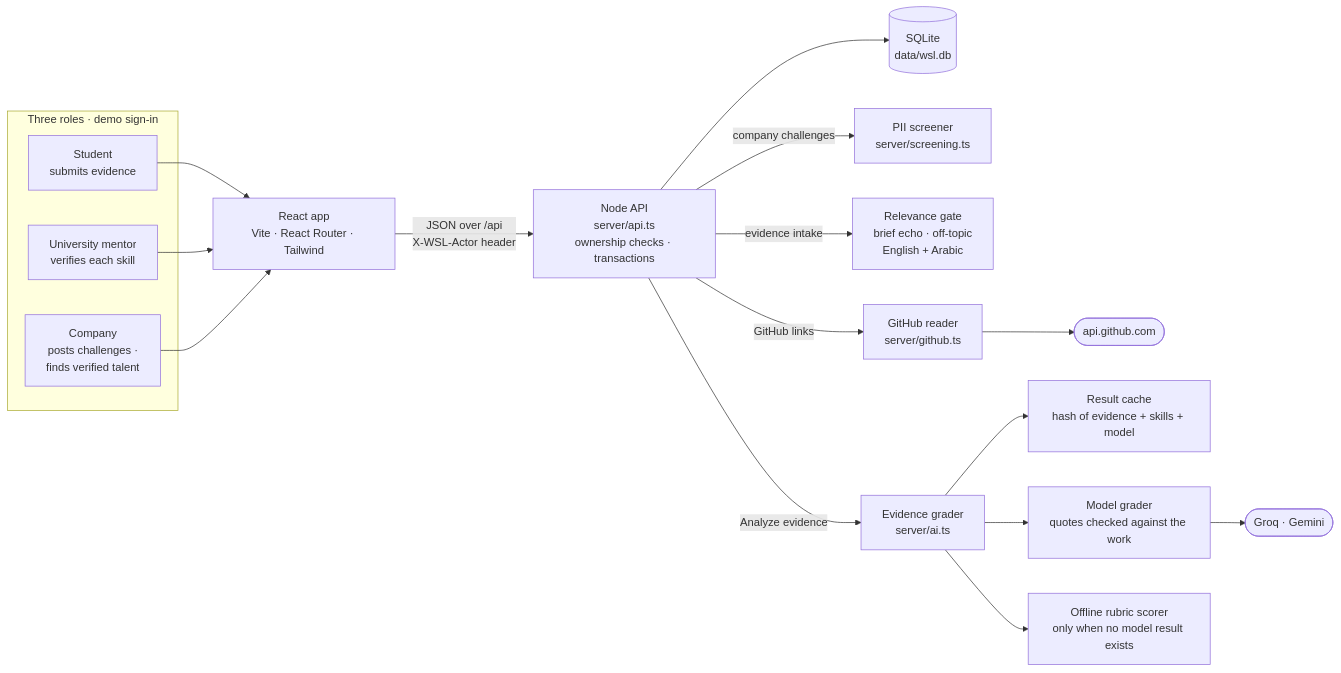
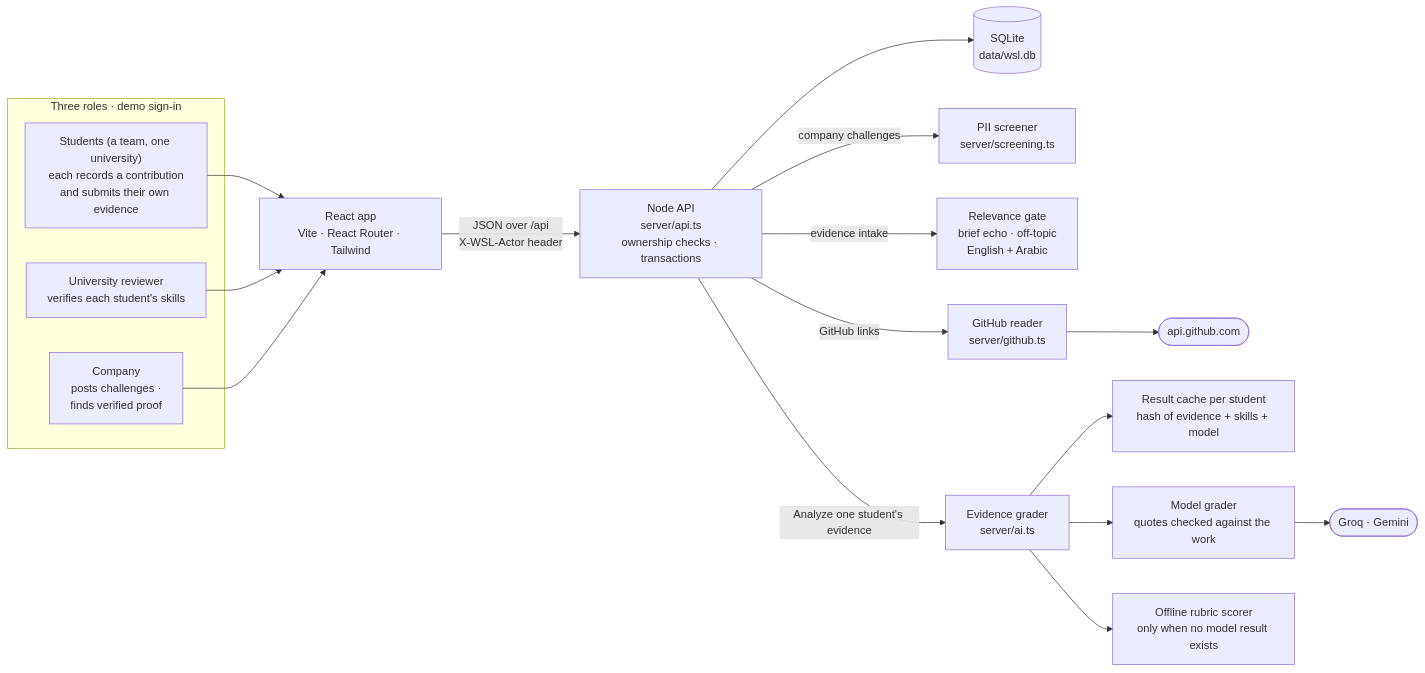
The first of 2 diagrams in docs/architecture.md (heshamYehya19/WSL), drawn with Mermaid before and after one commit. The commit also changed other lines of this file and 74 other files, not shown here.

````diff
--- a/docs/architecture.md
+++ b/docs/architecture.md
@@ -9,29 +9,29 @@
 ```mermaid
 flowchart LR
   subgraph roles["Three roles · demo sign-in"]
-    S["Student<br/>submits evidence"]
-    U["University mentor<br/>verifies each skill"]
-    C["Company<br/>posts challenges ·<br/>finds verified talent"]
+    S["Students (a team, one university)<br/>each records a contribution<br/>and submits their own evidence"]
+    U["University reviewer<br/>verifies each student's skills"]
+    C["Company<br/>posts challenges ·<br/>finds verified proof"]
   end
 
   APP["React app<br/>Vite · React Router · Tailwind"]
   API["Node API<br/>server/api.ts<br/>ownership checks · transactions"]
   DB[("SQLite<br/>data/wsl.db")]
 
   S --> APP
   U --> APP
   C --> APP
   APP -->|"JSON over /api<br/>X-WSL-Actor header"| API
   API --> DB
 
   API -->|"company challenges"| PII["PII screener<br/>server/screening.ts"]
   API -->|"evidence intake"| REL["Relevance gate<br/>brief echo · off-topic<br/>English + Arabic"]
   API -->|"GitHub links"| GH["GitHub reader<br/>server/github.ts"]
   GH --> GHAPI(["api.github.com"])
 
-  API -->|"Analyze evidence"| GR["Evidence grader<br/>server/ai.ts"]
-  GR --> CACHE["Result cache<br/>hash of evidence + skills + model"]
+  API -->|"Analyze one student's evidence"| GR["Evidence grader<br/>server/ai.ts"]
+  GR --> CACHE["Result cache per student<br/>hash of evidence + skills + model"]
   GR --> LLM["Model grader<br/>quotes checked against the work"]
   LLM --> GROQ(["Groq · Gemini"])
   GR --> OFF["Offline rubric scorer<br/>only when no model result exists"]
 ```
````
